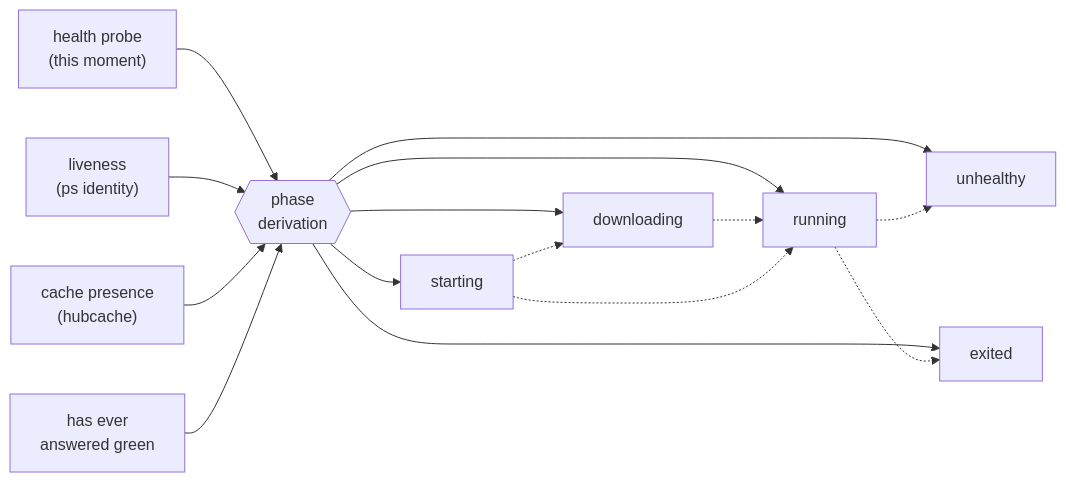
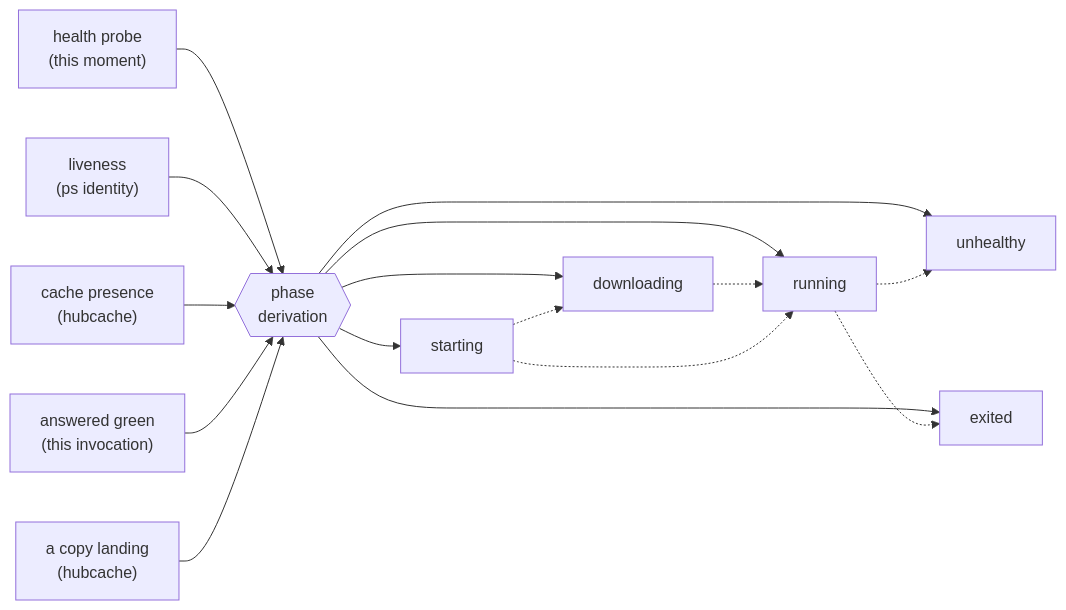
One commit to acdtrx/cria changed the second of 2 diagrams in docs/ARCHITECTURE.md. Above: the diagram before and after it, drawn with Mermaid. The commit also changed other lines of this file and 94 other files, not shown here.

````diff
--- a/docs/ARCHITECTURE.md
+++ b/docs/ARCHITECTURE.md
@@ -181,19 +259,20 @@
 ```mermaid
 graph LR
     probe["health probe<br/>(this moment)"] --> derive{{"phase<br/>derivation"}}
     live["liveness<br/>(ps identity)"] --> derive
     presence["cache presence<br/>(hubcache)"] --> derive
-    green["has ever<br/>answered green"] --> derive
+    green["answered green<br/>(this invocation)"] --> derive
+    landing["a copy landing<br/>(hubcache)"] --> derive
 
     derive --> starting[starting]
     derive --> downloading[downloading]
     derive --> running[running]
     derive --> unhealthy[unhealthy]
     derive --> exited[exited]
 
     starting -.-> downloading
     downloading -.-> running
     starting -.-> running
     running -.-> unhealthy
     running -.-> exited
 ```
````
